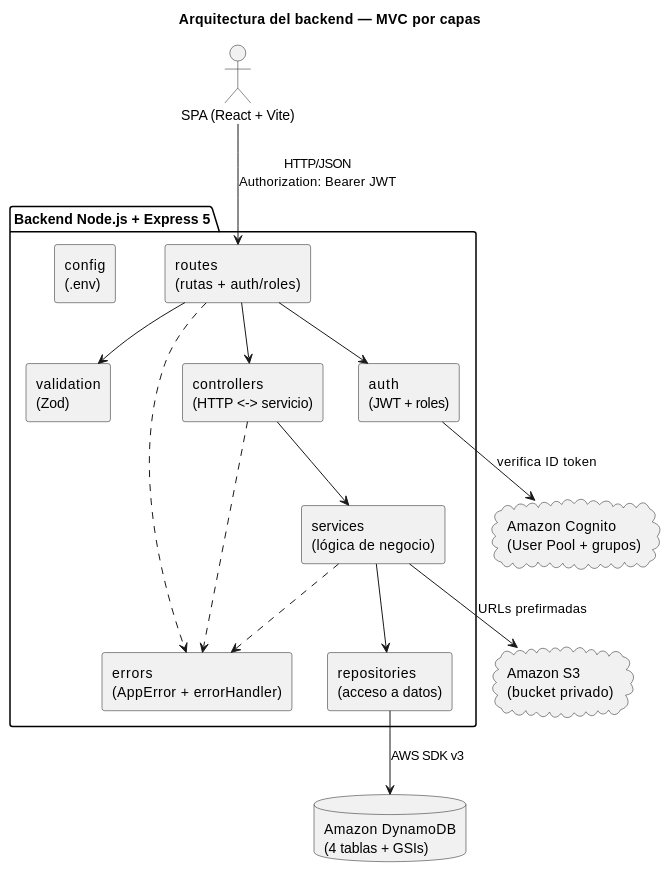
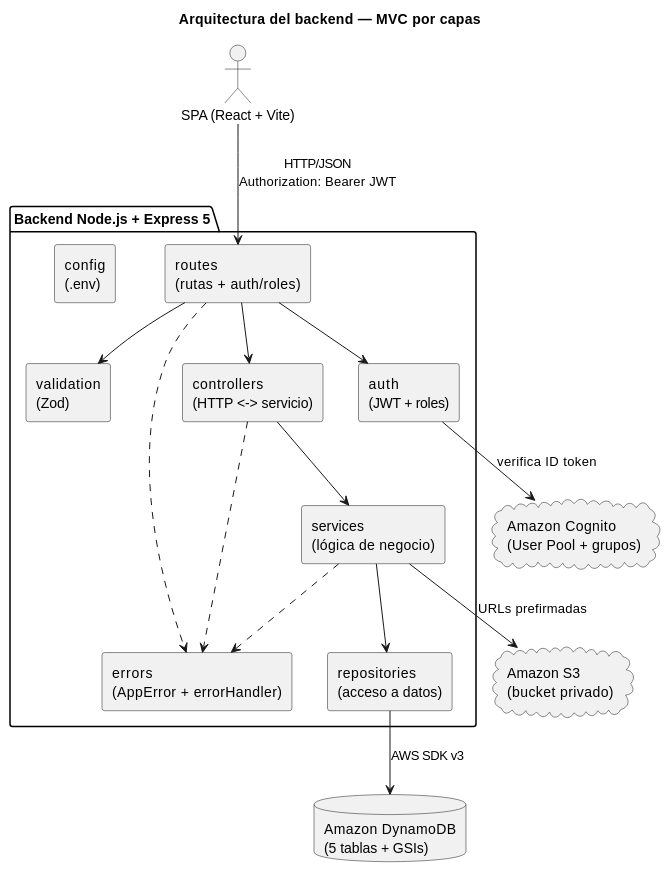
One commit to dgschahvqvc17/Concesionaria-BMW changed the first of 11 diagrams in documentacion/diagramas.md. Above: the diagram before and after it, drawn with PlantUML. The commit also changed other lines of this file and 26 other files, not shown here.

````diff
--- a/documentacion/diagramas.md
+++ b/documentacion/diagramas.md
@@ -32,37 +33,37 @@
 ```plantuml
 @startuml
 title Arquitectura del backend — MVC por capas
 skinparam componentStyle rectangle
 skinparam shadowing false
 
 actor "SPA (React + Vite)" as spa
 
 package "Backend Node.js + Express 5" {
   component "routes\n(rutas + auth/roles)" as routes
   component "validation\n(Zod)" as validation
   component "controllers\n(HTTP <-> servicio)" as controllers
   component "services\n(lógica de negocio)" as services
   component "repositories\n(acceso a datos)" as repositories
   component "errors\n(AppError + errorHandler)" as errors
   component "auth\n(JWT + roles)" as auth
   component "config\n(.env)" as config
 }
 
-database "Amazon DynamoDB\n(4 tablas + GSIs)" as ddb
+database "Amazon DynamoDB\n(5 tablas + GSIs)" as ddb
 cloud "Amazon S3\n(bucket privado)" as s3
 cloud "Amazon Cognito\n(User Pool + grupos)" as cognito
 
 spa --> routes : HTTP/JSON\nAuthorization: Bearer JWT
 routes --> auth
 routes --> validation
 routes --> controllers
 controllers --> services
 services --> repositories
 repositories --> ddb : AWS SDK v3
 services --> s3 : URLs prefirmadas
 auth --> cognito : verifica ID token
 controllers ..> errors
 services ..> errors
 routes ..> errors
 @enduml
 ```
````
